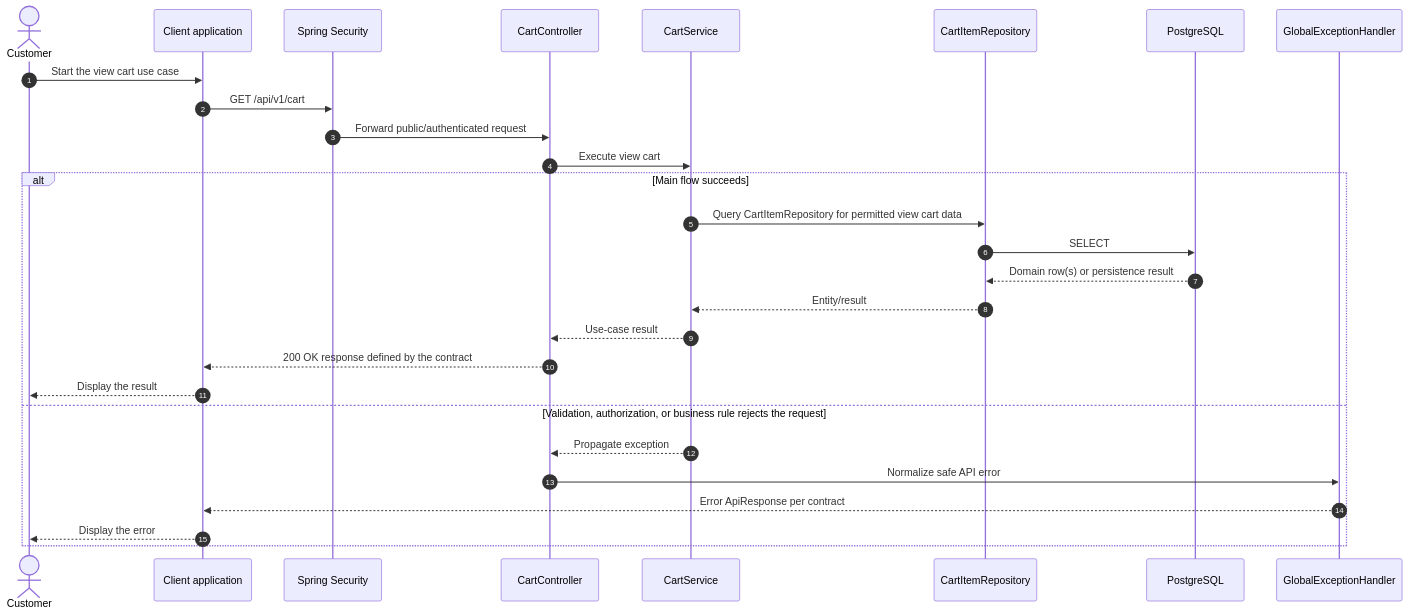
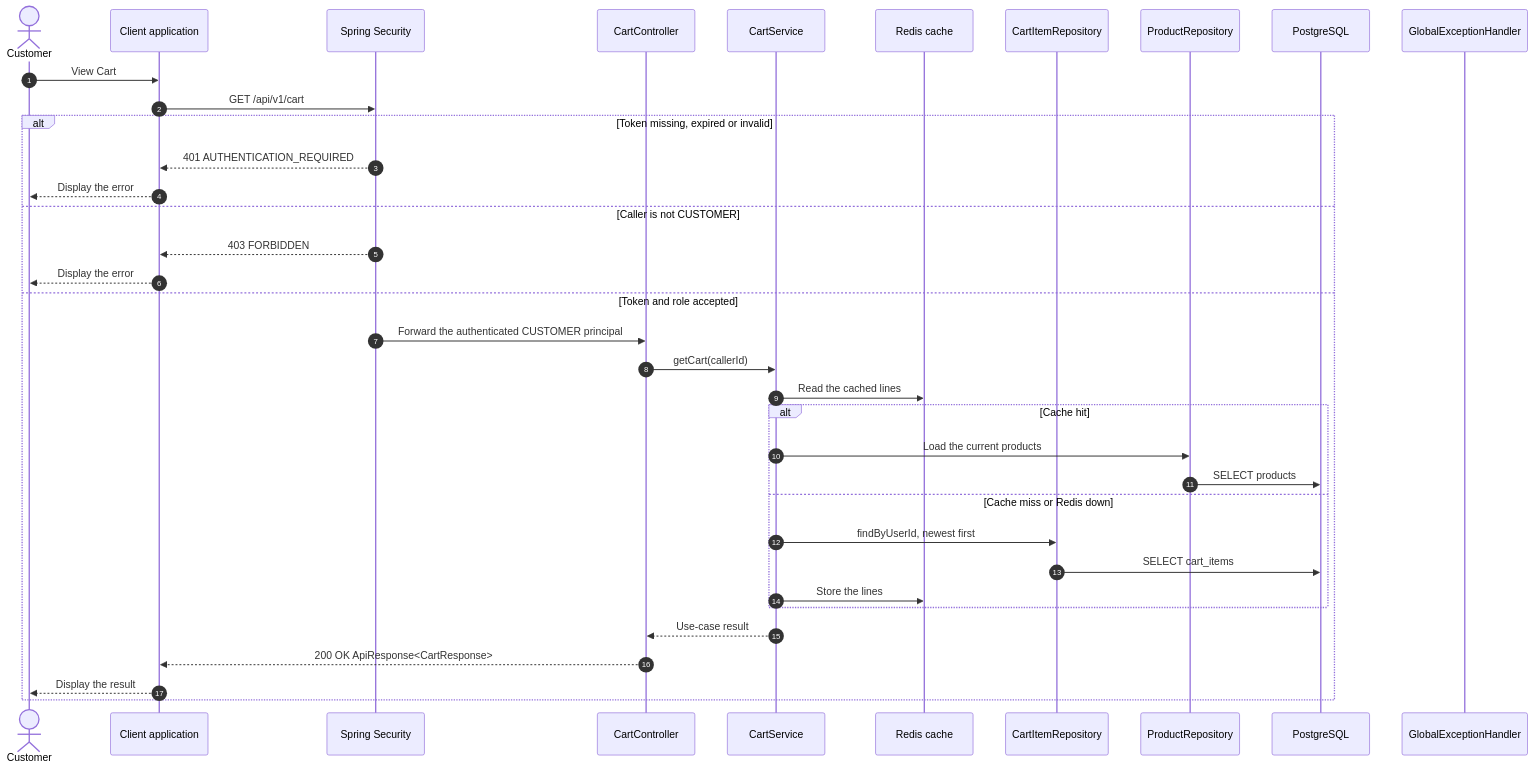
One commit to e-commercial-marketplace/commerce-platform-docs changed the diagram in sequence-diagram/customer/view-cart.md. Above: the diagram before and after it, drawn with Mermaid. The commit also changed other lines of this file and 232 other files, not shown here.

Commit message:
docs(usecase): align use cases, specs, activity and sequence diagrams with the backend

````diff
--- a/sequence-diagram/customer/view-cart.md
+++ b/sequence-diagram/customer/view-cart.md
@@ -9,30 +7,38 @@
 ```mermaid
 sequenceDiagram
     autonumber
     actor Customer
     participant Client as Client application
     participant Security as Spring Security
     participant Controller as CartController
     participant Service as CartService
+    participant Cache as Redis cache
     participant Repo as CartItemRepository
+    participant Products as ProductRepository
     participant DB as PostgreSQL
     participant Handler as GlobalExceptionHandler
-    Customer->>Client: Start the view cart use case
+    Customer->>Client: View Cart
     Client->>Security: GET /api/v1/cart
-    Security->>Controller: Forward public/authenticated request
-    Controller->>Service: Execute view cart
-    alt Main flow succeeds
-        Service->>Repo: Query CartItemRepository for permitted view cart data
-        Repo->>DB: SELECT
-        DB-->>Repo: Domain row(s) or persistence result
-        Repo-->>Service: Entity/result
+    alt Token missing, expired or invalid
+        Security-->>Client: 401 AUTHENTICATION_REQUIRED
+        Client-->>Customer: Display the error
+    else Caller is not CUSTOMER
+        Security-->>Client: 403 FORBIDDEN
+        Client-->>Customer: Display the error
+    else Token and role accepted
+        Security->>Controller: Forward the authenticated CUSTOMER principal
+        Controller->>Service: getCart(callerId)
+        Service->>Cache: Read the cached lines
+        alt Cache hit
+            Service->>Products: Load the current products
+            Products->>DB: SELECT products
+        else Cache miss or Redis down
+            Service->>Repo: findByUserId, newest first
+            Repo->>DB: SELECT cart_items
+            Service->>Cache: Store the lines
+        end
         Service-->>Controller: Use-case result
-        Controller-->>Client: 200 OK response defined by the contract
+        Controller-->>Client: 200 OK ApiResponse<CartResponse>
         Client-->>Customer: Display the result
-    else Validation, authorization, or business rule rejects the request
-        Service-->>Controller: Propagate exception
-        Controller->>Handler: Normalize safe API error
-        Handler-->>Client: Error ApiResponse per contract
-        Client-->>Customer: Display the error
     end
 ```
````
